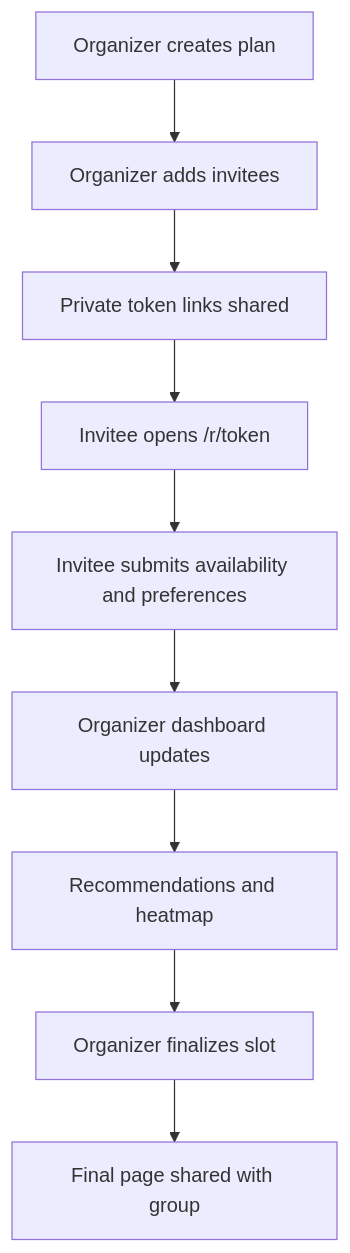
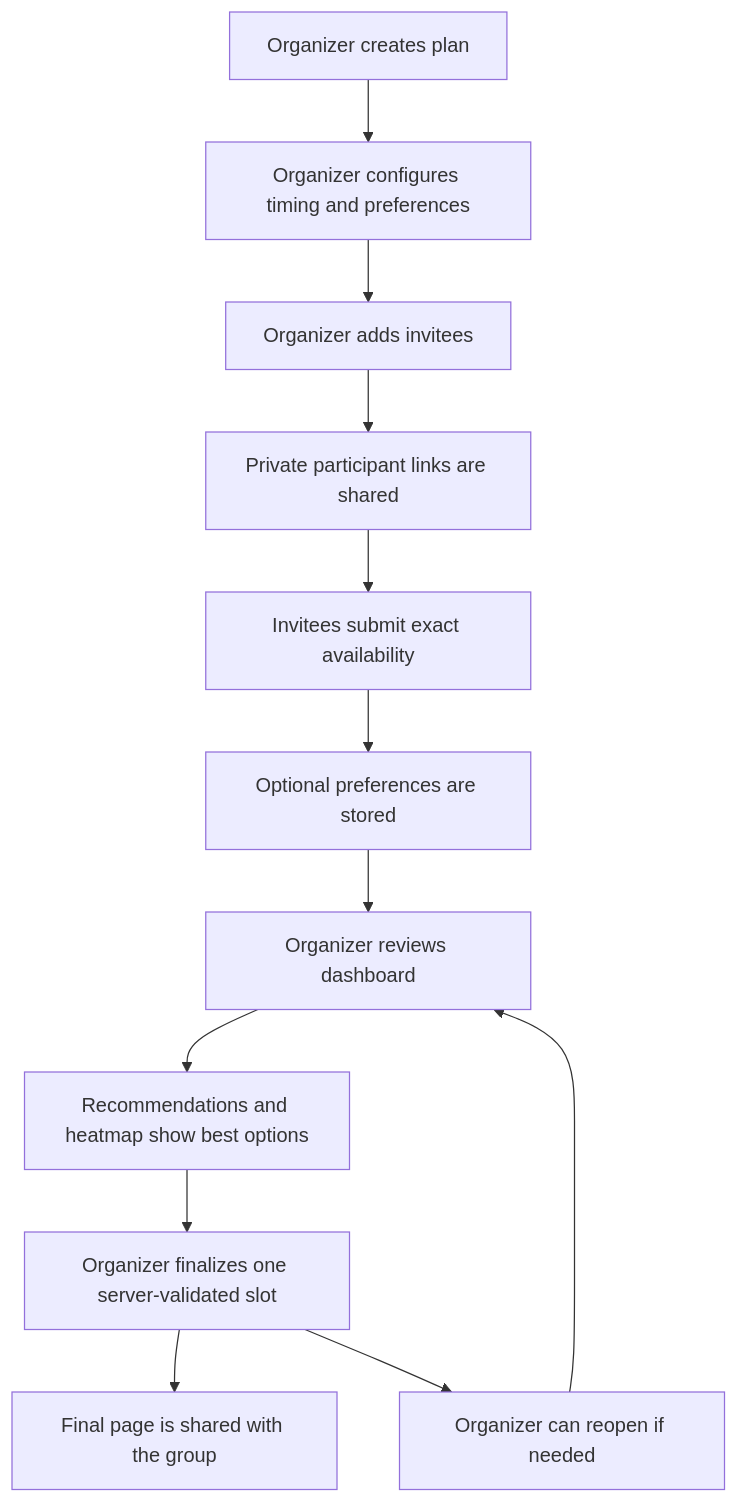
The first of 3 diagrams in PRD.md (anxkhn/togoo), drawn with Mermaid before and after one commit. The commit also changed other lines of this file and 3 other files, not shown here.

````diff
--- a/PRD.md
+++ b/PRD.md
@@ -99,11 +93,14 @@
 ```mermaid
 flowchart TD
-    A[Organizer creates plan] --> B[Organizer adds invitees]
-    B --> C[Private token links shared]
-    C --> D[Invitee opens /r/token]
-    D --> E[Invitee submits availability and preferences]
-    E --> F[Organizer dashboard updates]
-    F --> G[Recommendations and heatmap]
-    G --> H[Organizer finalizes slot]
-    H --> I[Final page shared with group]
+    A[Organizer creates plan] --> B[Organizer configures timing and preferences]
+    B --> C[Organizer adds invitees]
+    C --> D[Private participant links are shared]
+    D --> E[Invitees submit exact availability]
+    E --> F[Optional preferences are stored]
+    F --> G[Organizer reviews dashboard]
+    G --> H[Recommendations and heatmap show best options]
+    H --> I[Organizer finalizes one server-validated slot]
+    I --> J[Final page is shared with the group]
+    I --> K[Organizer can reopen if needed]
+    K --> G
 ```
````
